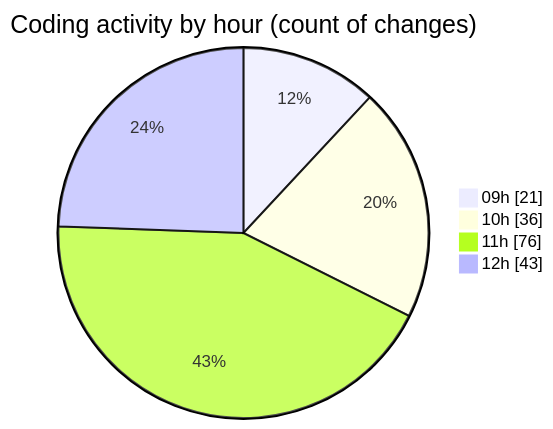
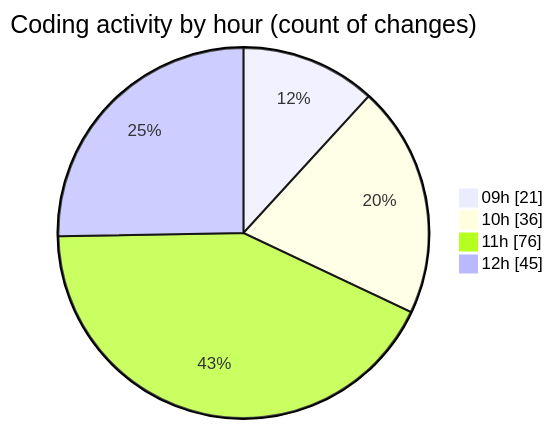
Before and after one commit to momahboobian/code-tracking: the second of 2 diagrams in 2025-09-09/cda/README.md, drawn with Mermaid. The commit also changed other lines of this file and 1 other file, not shown here.

````diff
--- a/2025-09-09/cda/README.md
+++ b/2025-09-09/cda/README.md
@@ -131,8 +131,8 @@
 ```mermaid
 pie showData
 title Coding activity by hour (count of changes)
 "09h" : 21
 "10h" : 36
 "11h" : 76
-"12h" : 43
+"12h" : 45
 ```
````
